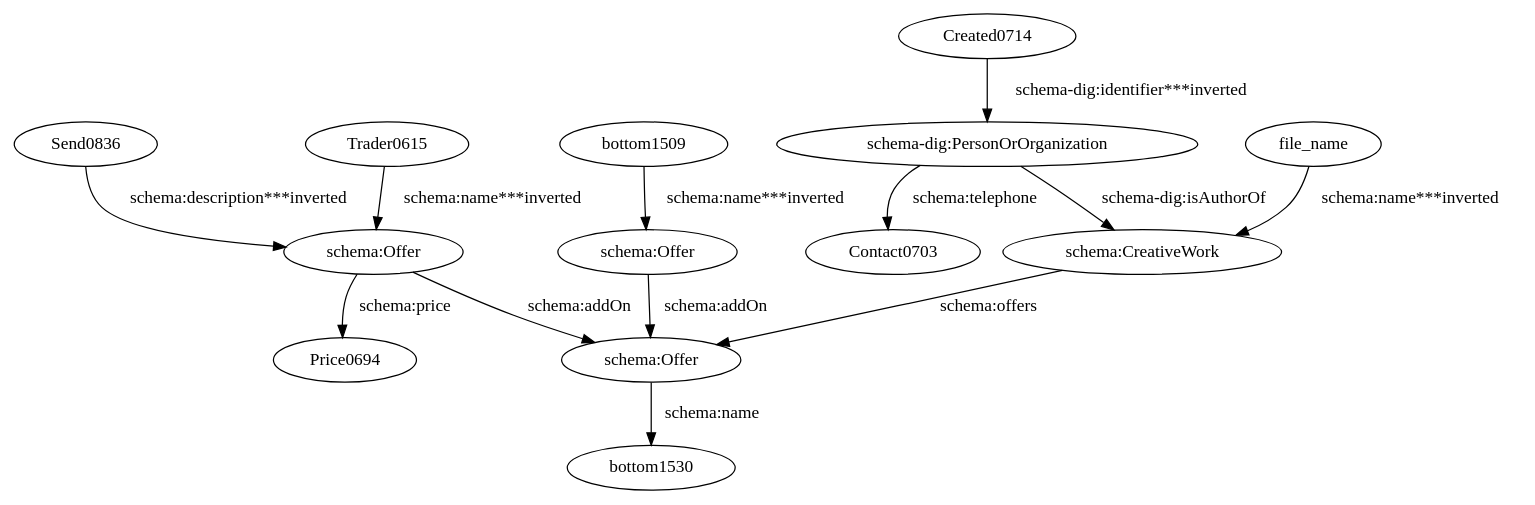
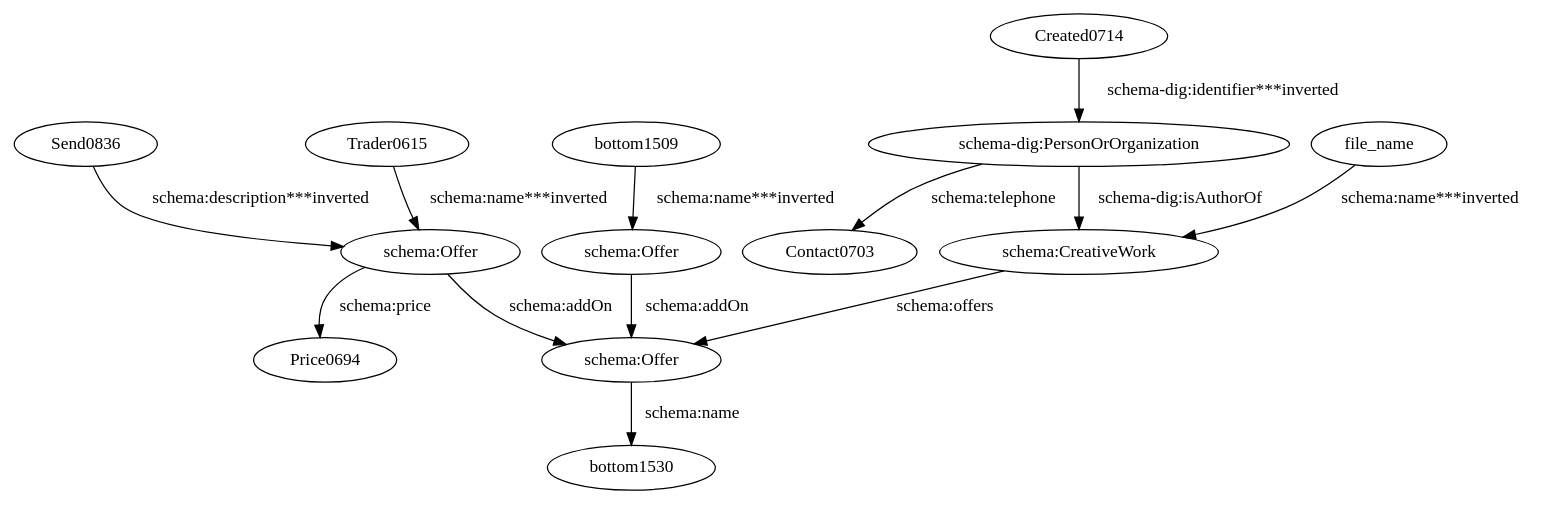
One commit to giuseppefutia/semi changed the diagram in evaluation/taheriyan2016/task_04/semantic_models_steiner/dot/elpasoguntrader.dot. Above: the diagram before and after it, drawn with Graphviz. The commit also changed 122 other files, not shown here.

```diff
--- a/evaluation/taheriyan2016/task_04/semantic_models_steiner/dot/elpasoguntrader.dot
+++ b/evaluation/taheriyan2016/task_04/semantic_models_steiner/dot/elpasoguntrader.dot
@@ -1,27 +1,27 @@
 digraph {
   Created0714 [type=attribute_name,label=Created0714]
   "schema-dig:PersonOrOrganization1" [type=class_uri,label="schema-dig:PersonOrOrganization"]
   Send0836 [type=attribute_name,label=Send0836]
   "schema:Offer1" [type=class_uri,label="schema:Offer"]
   Trader0615 [type=attribute_name,label=Trader0615]
   bottom1509 [type=attribute_name,label=bottom1509]
   "schema:Offer2" [type=class_uri,label="schema:Offer"]
   file_name [type=attribute_name,label=file_name]
   "schema:CreativeWork1" [type=class_uri,label="schema:CreativeWork"]
   Contact0703 [type=attribute_name,label=Contact0703]
   "schema:Offer3" [type=class_uri,label="schema:Offer"]
   Price0694 [type=attribute_name,label=Price0694]
   bottom1530 [type=attribute_name,label=bottom1530]
   Created0714 -> "schema-dig:PersonOrOrganization1" [type=st_property_uri,label="schema-dig:identifier***inverted",weight=1]
   Send0836 -> "schema:Offer1" [type=st_property_uri,label="schema:description***inverted",weight=1]
   Trader0615 -> "schema:Offer1" [type=st_property_uri,label="schema:name***inverted",weight=1]
   bottom1509 -> "schema:Offer2" [type=st_property_uri,label="schema:name***inverted",weight=1]
   file_name -> "schema:CreativeWork1" [type=st_property_uri,label="schema:name***inverted",weight=1]
   "schema-dig:PersonOrOrganization1" -> Contact0703 [label="schema:telephone",type=st_property_uri]
-  "schema-dig:PersonOrOrganization1" -> "schema:CreativeWork1" [label="schema-dig:isAuthorOf",type=direct_property_uri,weight=1]
-  "schema:CreativeWork1" -> "schema:Offer3" [label="schema:offers",type=direct_property_uri,weight=1]
+  "schema-dig:PersonOrOrganization1" -> "schema:CreativeWork1" [label="schema-dig:isAuthorOf",type=direct_property_uri,weight=100]
+  "schema:CreativeWork1" -> "schema:Offer3" [label="schema:offers",type=direct_property_uri,weight=100]
   "schema:Offer1" -> Price0694 [label="schema:price",type=st_property_uri]
-  "schema:Offer1" -> "schema:Offer3" [label="schema:addOn",type=direct_property_uri,weight=1]
-  "schema:Offer2" -> "schema:Offer3" [label="schema:addOn",type=direct_property_uri,weight=1]
+  "schema:Offer1" -> "schema:Offer3" [label="schema:addOn",type=direct_property_uri,weight=100]
+  "schema:Offer2" -> "schema:Offer3" [label="schema:addOn",type=direct_property_uri,weight=100]
   "schema:Offer3" -> bottom1530 [label="schema:name",type=st_property_uri]
 }
```
